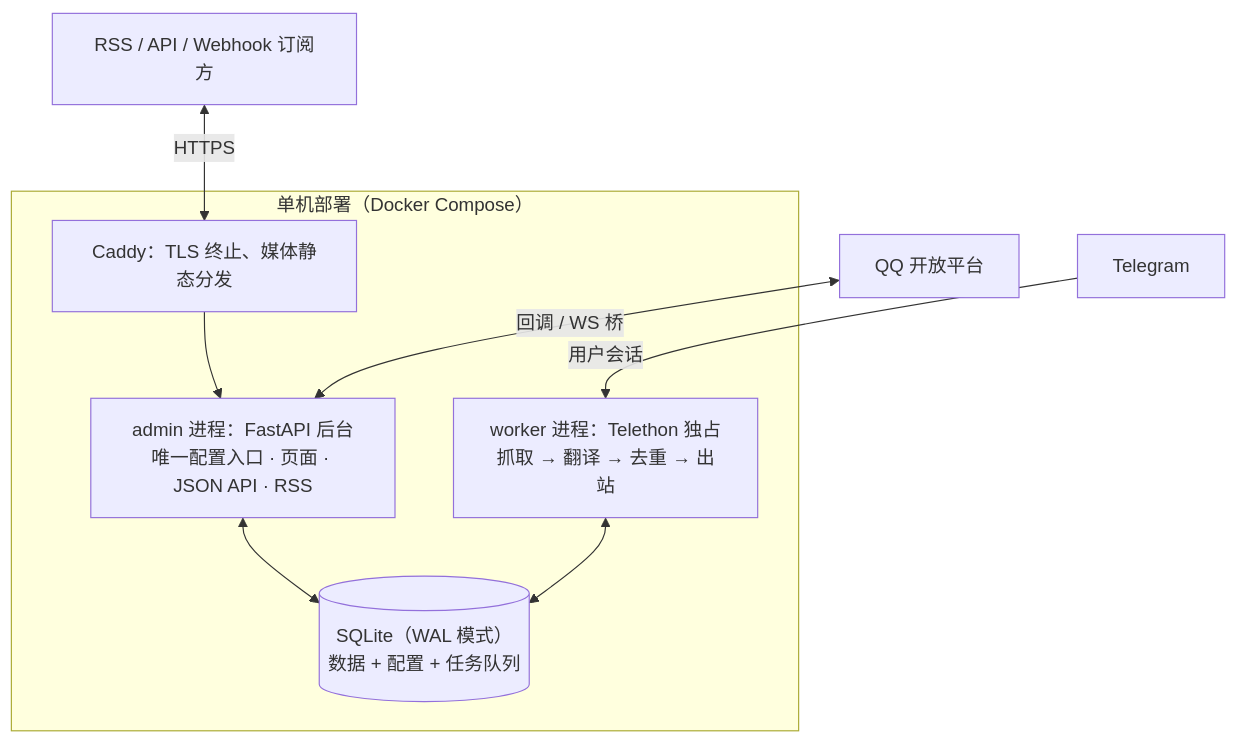
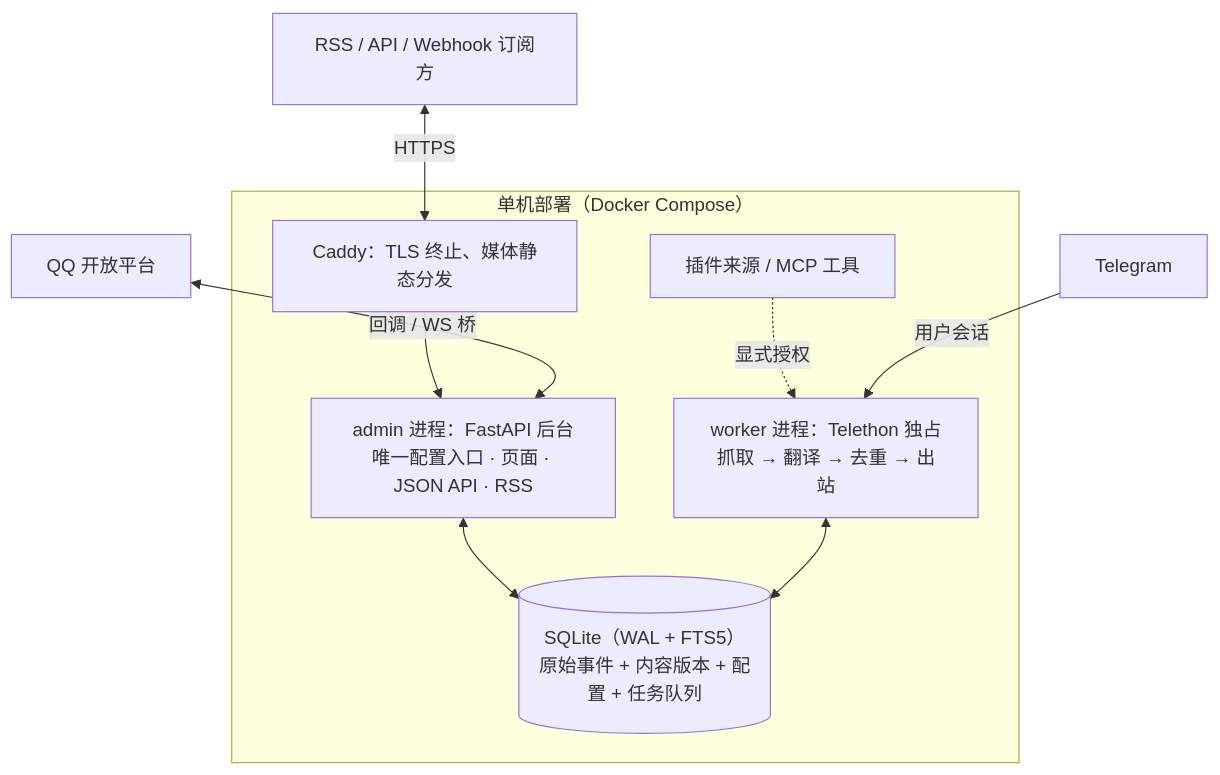
One commit to znjhahaha/tgmon changed the diagram in README.md. Above: the diagram before and after it, drawn with Mermaid. The commit also changed other lines of this file and 90 other files, not shown here.

````diff
--- a/README.md
+++ b/README.md
@@ -52,15 +53,16 @@
 ```mermaid
 flowchart TB
     subgraph host["单机部署（Docker Compose）"]
         caddy["Caddy：TLS 终止、媒体静态分发"]
         admin["admin 进程：FastAPI 后台<br/>唯一配置入口 · 页面 · JSON API · RSS"]
         worker["worker 进程：Telethon 独占<br/>抓取 → 翻译 → 去重 → 出站"]
-        db[("SQLite（WAL 模式）<br/>数据 + 配置 + 任务队列")]
+        db[("SQLite（WAL + FTS5）<br/>原始事件 + 内容版本 + 配置 + 任务队列")]
         caddy --> admin
         admin <--> db
         worker <--> db
+        ext["插件来源 / MCP 工具"] -. "显式授权" .-> worker
     end
     TG["Telegram"] -->|用户会话| worker
     QQ["QQ 开放平台"] <-->|回调 / WS 桥| admin
     sub["RSS / API / Webhook 订阅方"] <-->|HTTPS| caddy
 ```
````
